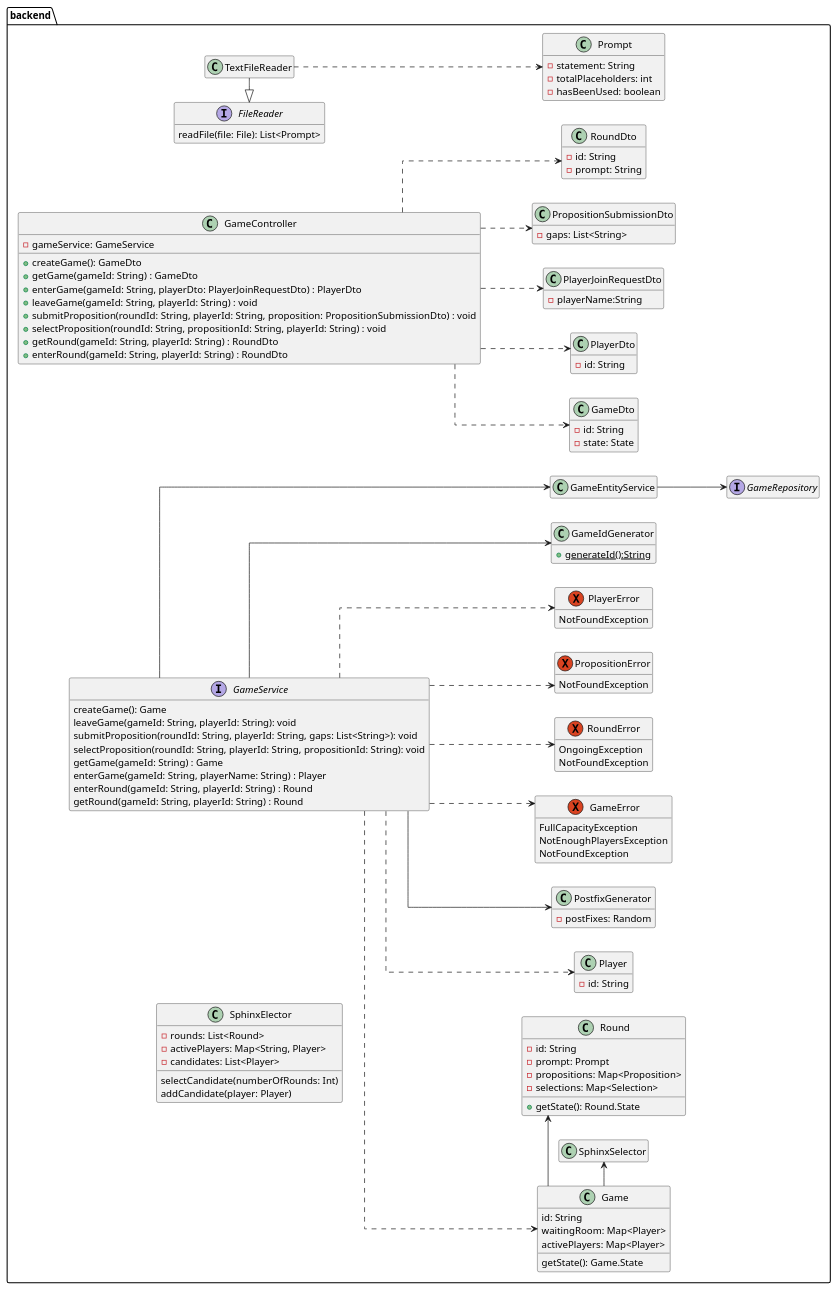
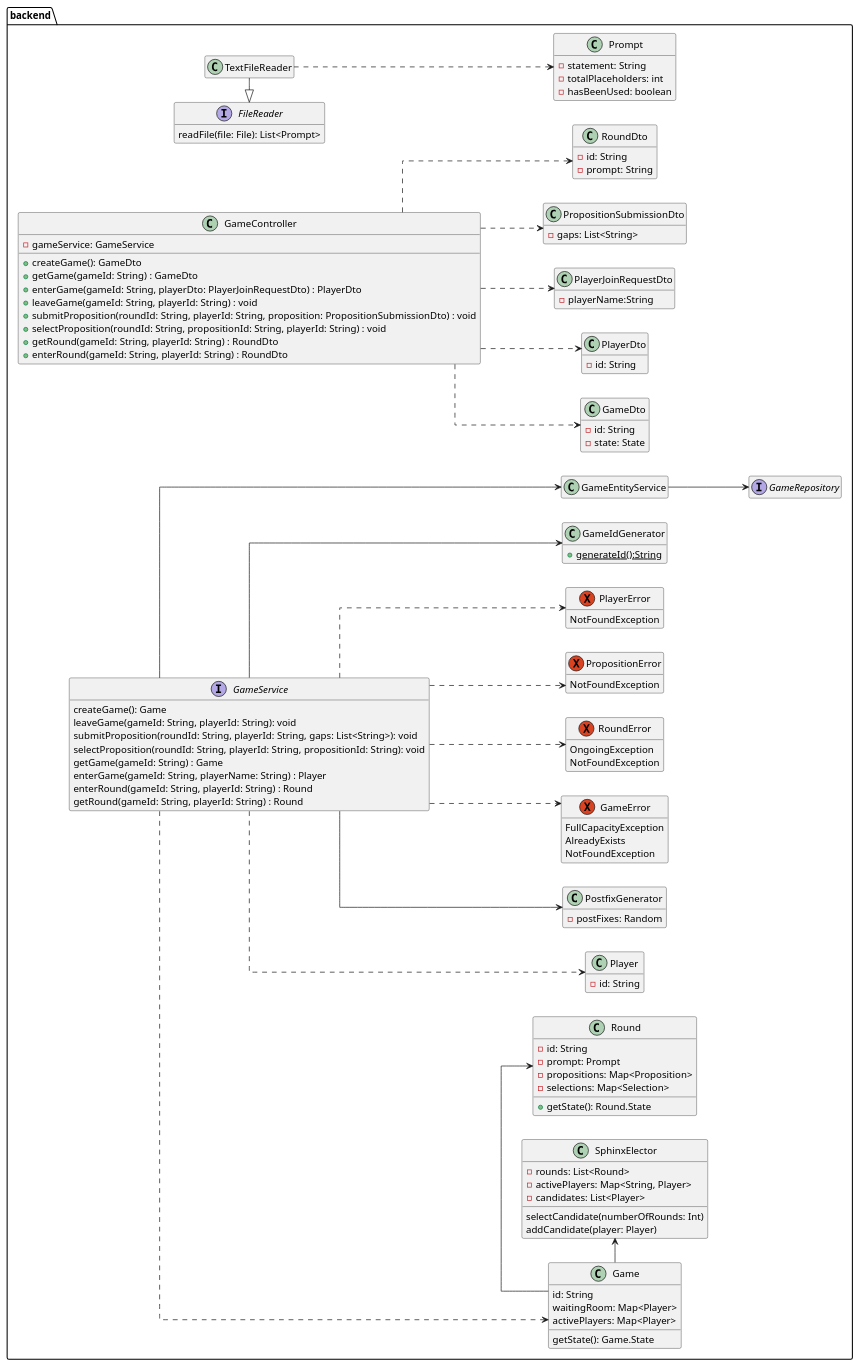
Before and after one commit to patrickwinti/worldwidewalter: the diagram in docs/diagrams/class_diagramm.plantuml, drawn with PlantUML.

Commit message:
[WWW-90] fixes class diagram

```diff
--- a/docs/diagrams/class_diagramm.plantuml
+++ b/docs/diagrams/class_diagramm.plantuml
@@ -1,125 +1,125 @@
 @startuml
 package backend{
     left to right direction
     skinparam linetype ortho
 
     hide empty members
     class GameController {
         -gameService: GameService
         +createGame(): GameDto
         +getGame(gameId: String) : GameDto
         +enterGame(gameId: String, playerDto: PlayerJoinRequestDto) : PlayerDto
         +leaveGame(gameId: String, playerId: String) : void
         +submitProposition(roundId: String, playerId: String, proposition: PropositionSubmissionDto) : void
         +selectProposition(roundId: String, propositionId: String, playerId: String) : void
         +getRound(gameId: String, playerId: String) : RoundDto
         +enterRound(gameId: String, playerId: String) : RoundDto
     }
     class GameDto {
         -id: String
         -state: State
     }
     class Game {
         id: String
         waitingRoom: Map<Player>
         activePlayers: Map<Player>
         getState(): Game.State
     }
     class Prompt{
         -statement: String
         -totalPlaceholders: int
         -hasBeenUsed: boolean
     }
 
     interface GameService{
        createGame(): Game
        leaveGame(gameId: String, playerId: String): void
        submitProposition(roundId: String, playerId: String, gaps: List<String>): void
        selectProposition(roundId: String, playerId: String, propositionId: String): void
        getGame(gameId: String) : Game
        enterGame(gameId: String, playerName: String) : Player
        enterRound(gameId: String, playerId: String) : Round
        getRound(gameId: String, playerId: String) : Round
     }
     interface GameRepository
     class PlayerDto {
         -id: String
     }
     class PlayerJoinRequestDto {
         -playerName:String
     }
     class PropositionSubmissionDto {
         -gaps: List<String>
     }
     class RoundDto {
         -id: String
         -prompt: String
     }
     class Player {
         -id: String
     }
     class Round {
         -id: String
         -prompt: Prompt
         -propositions: Map<Proposition>
         -selections: Map<Selection>
         +getState(): Round.State
     }
     class PostfixGenerator {
         -postFixes: Random
     }
     exception GameError {
         FullCapacityException
-        NotEnoughPlayersException
+        AlreadyExists
         NotFoundException
     }
     exception RoundError {
         OngoingException
         NotFoundException
     }
     exception PropositionError {
         NotFoundException
     }
     exception PlayerError {
         NotFoundException
     }
 
     interface FileReader{
         readFile(file: File): List<Prompt>
     }
 
     class TextFileReader
     class SphinxElector {
         -rounds: List<Round>
         -activePlayers: Map<String, Player>
         -candidates: List<Player>
         selectCandidate(numberOfRounds: Int)
         addCandidate(player: Player)
     }
     class GameIdGenerator{
         +generateId():String{static}
     }
     GameController..>PlayerDto
     GameController..>PlayerJoinRequestDto
     GameController..>PropositionSubmissionDto
     GameController..>RoundDto
     GameController ..> GameDto
 
     GameService ..> Game
     GameService ..> Player
     GameService ..> GameError
     GameService ..> RoundError
     GameService ..> PlayerError
     GameService ..> PropositionError
     GameService --> GameEntityService
     GameService --> PostfixGenerator
     GameService --> GameIdGenerator
 
     GameEntityService --> GameRepository
 
     TextFileReader ..> Prompt
     FileReader<|-TextFileReader
 
     Game -> Round
-    Game -> SphinxSelector
+    Game -> SphinxElector
 @enduml
```
